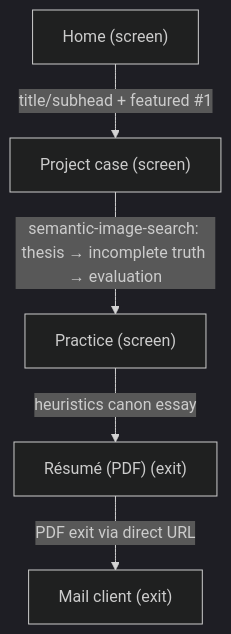
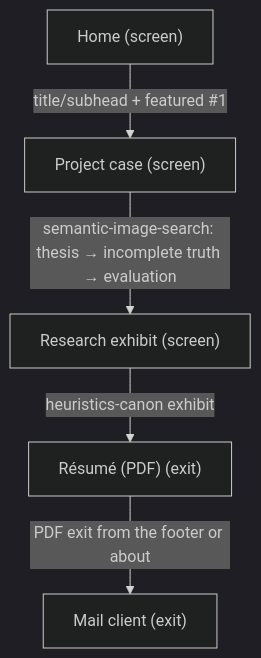
The second of 7 diagrams in docs/ux-maps/darce-xyz.uxmap.md (darce/darce.github.io), drawn with Mermaid (dark theme) before and after one commit. The commit also changed other lines of this file and 3 other files, not shown here.

````diff
--- a/docs/ux-maps/darce-xyz.uxmap.md
+++ b/docs/ux-maps/darce-xyz.uxmap.md
@@ -336,13 +319,13 @@
 ```mermaid
 flowchart TD
-  %% flow: Land → SIS case → practice → résumé PDF → contact job=job-assess-design-judgment
+  %% flow: Land → SIS case → heuristics canon → résumé PDF → contact job=job-assess-design-judgment
   n_landing["Home (screen)"]
   n_project_detail["Project case (screen)"]
   n_landing -->|title/subhead + featured #1| n_project_detail
-  n_practice["Practice (screen)"]
-  n_project_detail -->|semantic-image-search: thesis → incomplete truth → evaluation| n_practice
+  n_research_detail["Research exhibit (screen)"]
+  n_project_detail -->|semantic-image-search: thesis → incomplete truth → evaluation| n_research_detail
   n_resume["Résumé (PDF) (exit)"]
-  n_practice -->|heuristics canon essay| n_resume
+  n_research_detail -->|heuristics-canon exhibit| n_resume
   n_exit_mailto["Mail client (exit)"]
-  n_resume -->|PDF exit via direct URL| n_exit_mailto
+  n_resume -->|PDF exit from the footer or about| n_exit_mailto
 ```
````
